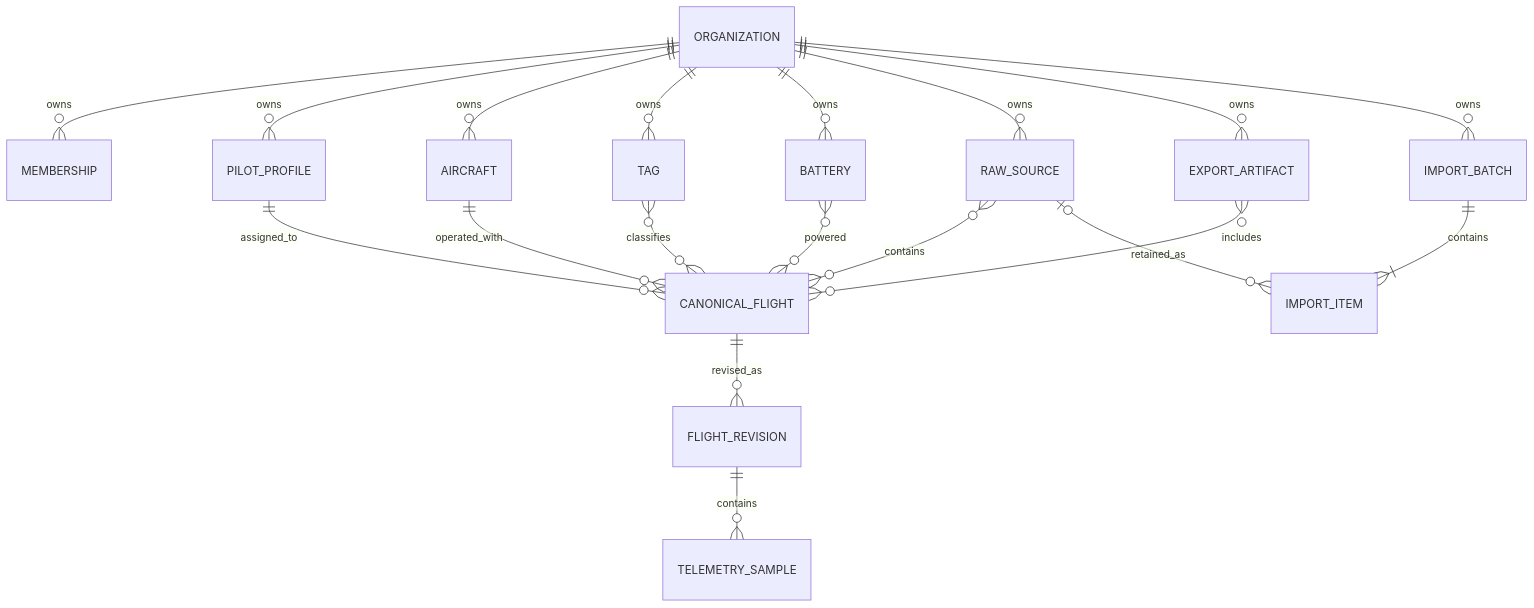
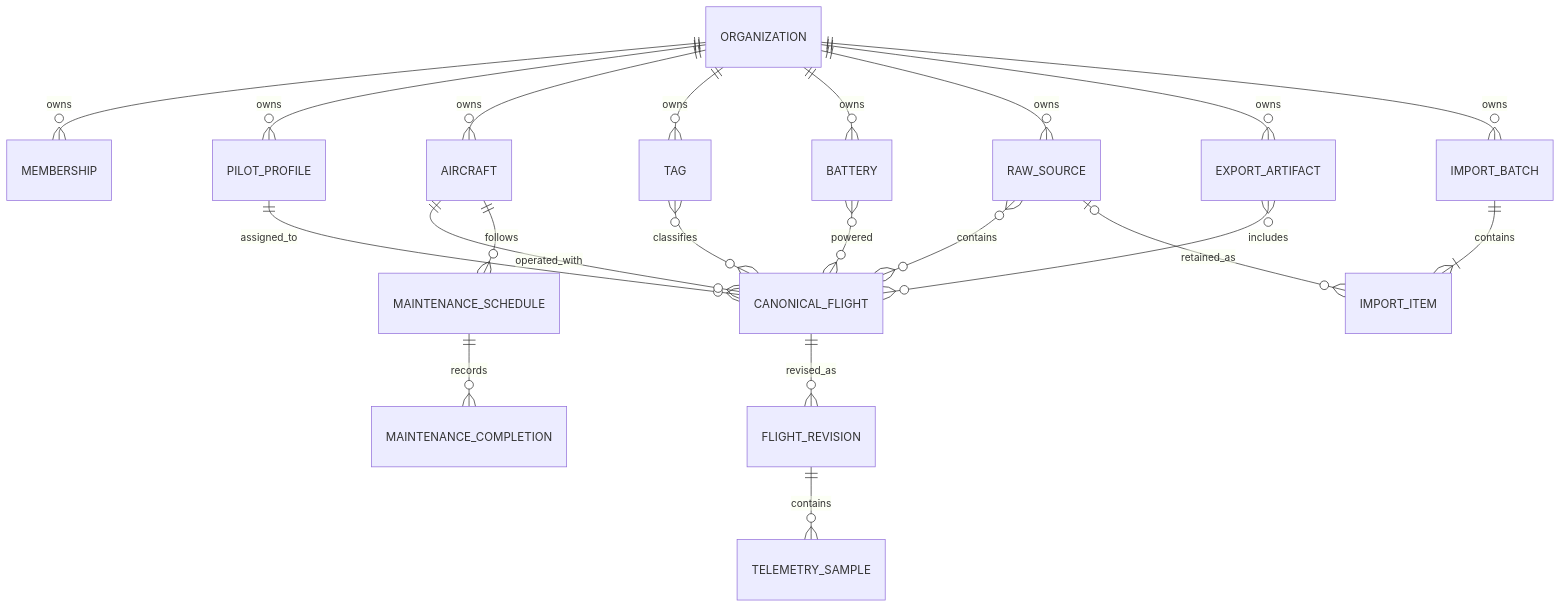
One commit to Synapsekw/Drone.Works changed the diagram in docs/architecture/TENANCY.md. Above: the diagram before and after it, drawn with Mermaid. The commit also changed other lines of this file and 7 other files, not shown here.

````diff
--- a/docs/architecture/TENANCY.md
+++ b/docs/architecture/TENANCY.md
@@ -16,21 +16,23 @@
 ```mermaid
 erDiagram
     ORGANIZATION ||--o{ MEMBERSHIP : owns
     ORGANIZATION ||--o{ PILOT_PROFILE : owns
     ORGANIZATION ||--o{ AIRCRAFT : owns
     ORGANIZATION ||--o{ TAG : owns
     ORGANIZATION ||--o{ BATTERY : owns
     PILOT_PROFILE ||--o{ CANONICAL_FLIGHT : assigned_to
     AIRCRAFT ||--o{ CANONICAL_FLIGHT : operated_with
     TAG }o--o{ CANONICAL_FLIGHT : classifies
     BATTERY }o--o{ CANONICAL_FLIGHT : powered
     CANONICAL_FLIGHT ||--o{ FLIGHT_REVISION : revised_as
     FLIGHT_REVISION ||--o{ TELEMETRY_SAMPLE : contains
     ORGANIZATION ||--o{ RAW_SOURCE : owns
     ORGANIZATION ||--o{ EXPORT_ARTIFACT : owns
     RAW_SOURCE }o--o{ CANONICAL_FLIGHT : contains
     EXPORT_ARTIFACT }o--o{ CANONICAL_FLIGHT : includes
     ORGANIZATION ||--o{ IMPORT_BATCH : owns
     IMPORT_BATCH ||--|{ IMPORT_ITEM : contains
     RAW_SOURCE o|--o{ IMPORT_ITEM : retained_as
+    AIRCRAFT ||--o{ MAINTENANCE_SCHEDULE : follows
+    MAINTENANCE_SCHEDULE ||--o{ MAINTENANCE_COMPLETION : records
 ```
````
